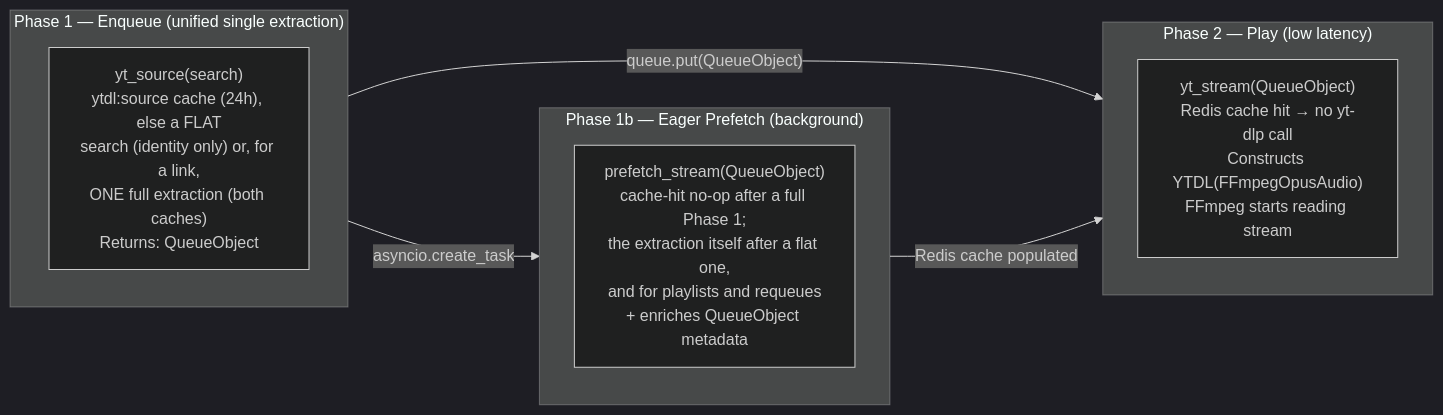
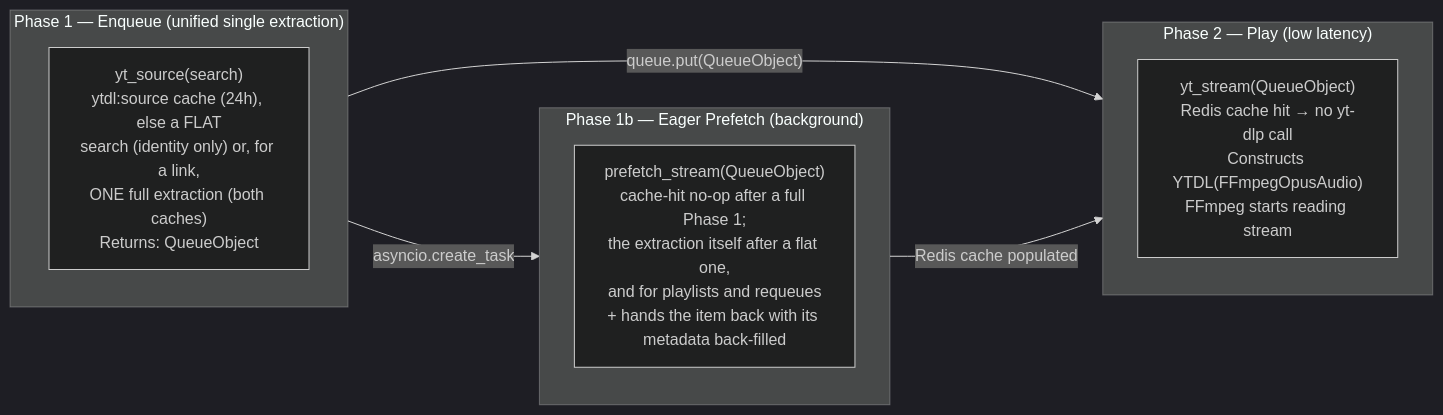
The ninth of 15 diagrams in docs/ARCHITECTURE.md (kawadeomkar/discord-music-bot), drawn with Mermaid (dark theme) before and after one commit. The commit also changed other lines of this file and 8 other files, not shown here.

````diff
--- a/docs/ARCHITECTURE.md
+++ b/docs/ARCHITECTURE.md
@@ -728,18 +728,18 @@
 ```mermaid
 flowchart LR
     subgraph Phase1["Phase 1 — Enqueue (unified single extraction)"]
         P1["yt_source(search)\nytdl:source cache (24h), else a FLAT\nsearch (identity only) or, for a link,\nONE full extraction (both caches)\nReturns: QueueObject"]
     end
 
     subgraph Phase1b["Phase 1b — Eager Prefetch (background)"]
-        P1b["prefetch_stream(QueueObject)\ncache-hit no-op after a full Phase 1;\nthe extraction itself after a flat one,\nand for playlists and requeues\n+ enriches QueueObject metadata"]
+        P1b["prefetch_stream(QueueObject)\ncache-hit no-op after a full Phase 1;\nthe extraction itself after a flat one,\nand for playlists and requeues\n+ hands the item back with its metadata back-filled"]
     end
 
     subgraph Phase2["Phase 2 — Play (low latency)"]
         P2["yt_stream(QueueObject)\nRedis cache hit → no yt-dlp call\nConstructs YTDL(FFmpegOpusAudio)\nFFmpeg starts reading stream"]
     end
 
     Phase1 -->|"asyncio.create_task"| Phase1b
     Phase1 -->|"queue.put(QueueObject)"| Phase2
     Phase1b -->|"Redis cache populated"| Phase2
 ```
````
